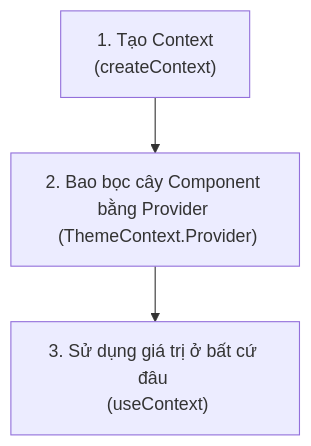
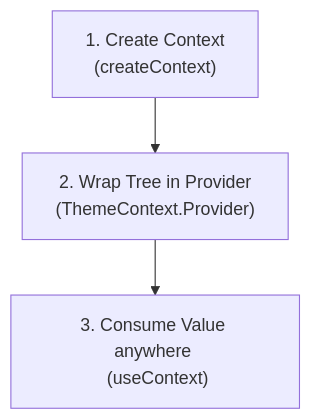
One commit to iamtomnotjerry/REACT.JS-19-MONSTER changed the diagram in 02-react-hooks/vi/05-usecontext.md. Above: the diagram before and after it, drawn with Mermaid. The commit also changed other lines of this file and 89 other files, not shown here.

````diff
--- a/02-react-hooks/vi/05-usecontext.md
+++ b/02-react-hooks/vi/05-usecontext.md
@@ -16,5 +16,5 @@
 ```mermaid
 graph TD
-    A["1. Tạo Context <br> (createContext)"] --> B["2. Bao bọc cây Component bằng Provider <br> (ThemeContext.Provider)"]
-    B --> C["3. Sử dụng giá trị ở bất cứ đâu <br> (useContext)"]
+    A["1. Create Context <br> (createContext)"] --> B["2. Wrap Tree in Provider <br> (ThemeContext.Provider)"]
+    B --> C["3. Consume Value anywhere <br> (useContext)"]
 ```
````
